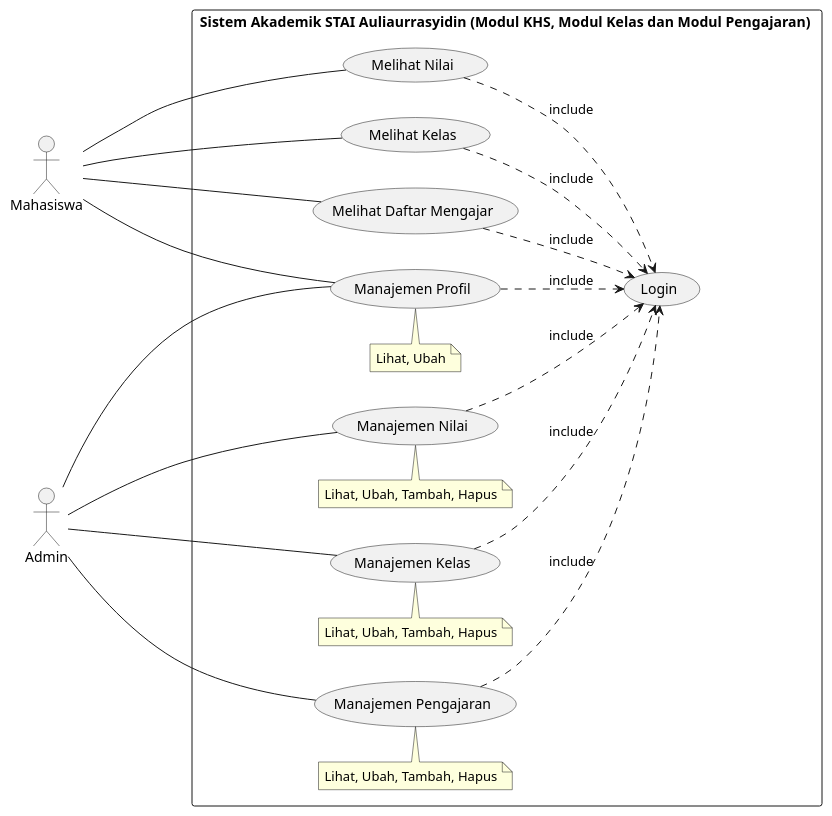
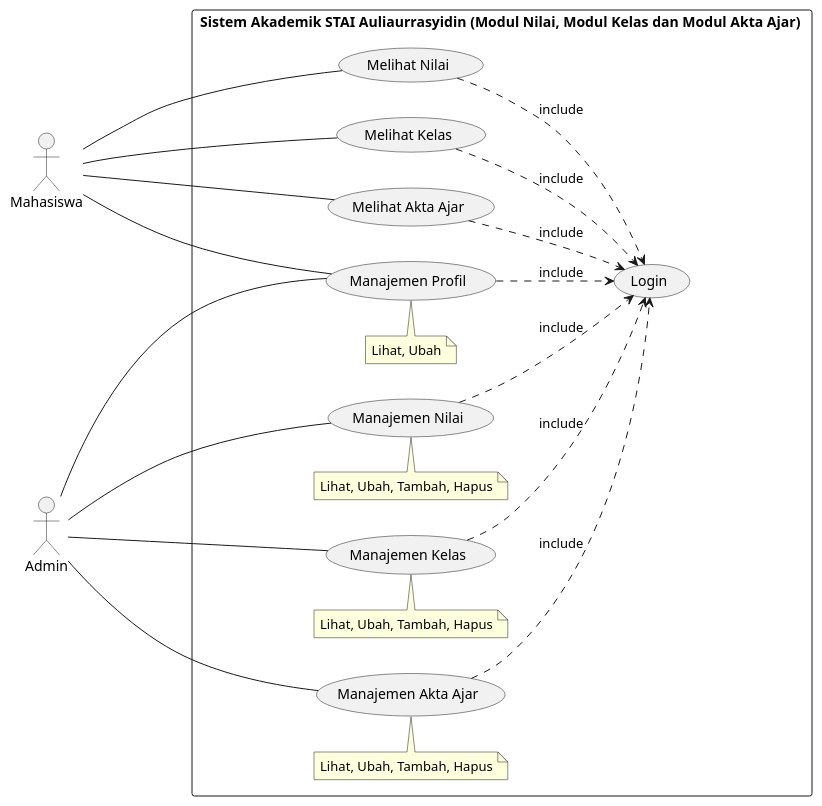
Before and after one commit to dhymasriyanto/shamy: the diagram in UML/Use Case.puml, drawn with PlantUML. The commit also changed 4 other files, not shown here.

```diff
--- a/UML/Use Case.puml
+++ b/UML/Use Case.puml
@@ -1,36 +1,36 @@
 @startuml usecase_akademik
 left to right direction
 skinparam packageStyle rectangle
 actor Mahasiswa
 actor Admin
-rectangle "Sistem Akademik STAI Auliaurrasyidin (Modul KHS, Modul Kelas dan Modul Pengajaran) " {
+rectangle "Sistem Akademik STAI Auliaurrasyidin (Modul Nilai, Modul Kelas dan Modul Akta Ajar) " {
 
     Mahasiswa --- (Melihat Nilai)
 
     Mahasiswa --- (Melihat Kelas)
 
-    Mahasiswa --- (Melihat Daftar Mengajar)
+    Mahasiswa --- (Melihat Akta Ajar)
 
     Admin --- (Manajemen Profil)
     Mahasiswa --- (Manajemen Profil)
     note top of (Manajemen Profil) : Lihat, Ubah
 
     Admin --- (Manajemen Kelas)
     note top of (Manajemen Kelas) : Lihat, Ubah, Tambah, Hapus
 
-    Admin --- (Manajemen Pengajaran)
-    note top of (Manajemen Pengajaran) : Lihat, Ubah, Tambah, Hapus
+    Admin --- (Manajemen Akta Ajar)
+    note top of (Manajemen Akta Ajar) : Lihat, Ubah, Tambah, Hapus
 
     Admin --- (Manajemen Nilai)
     note top of (Manajemen Nilai) : Lihat, Ubah, Tambah, Hapus
 
     (Melihat Nilai) ..> (Login) : include
     (Melihat Kelas) ..> (Login) : include
-    (Melihat Daftar Mengajar) ..> (Login) : include
+    (Melihat Akta Ajar) ..> (Login) : include
     (Manajemen Profil) ..> (Login) : include
     (Manajemen Kelas) ..> (Login) : include
     (Manajemen Nilai) ..> (Login) : include
-    (Manajemen Pengajaran) ..> (Login) : include
+    (Manajemen Akta Ajar) ..> (Login) : include
 
     }
 @enduml
```
